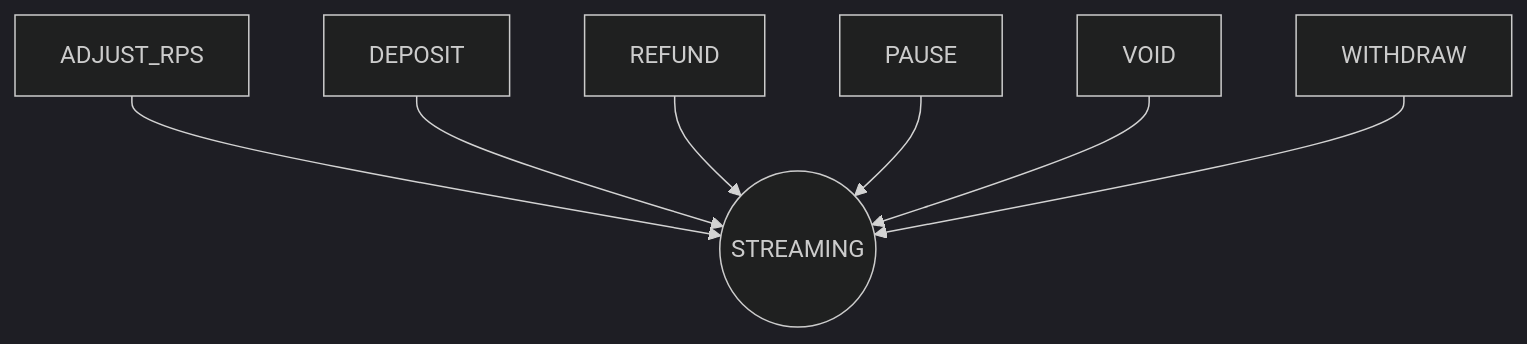
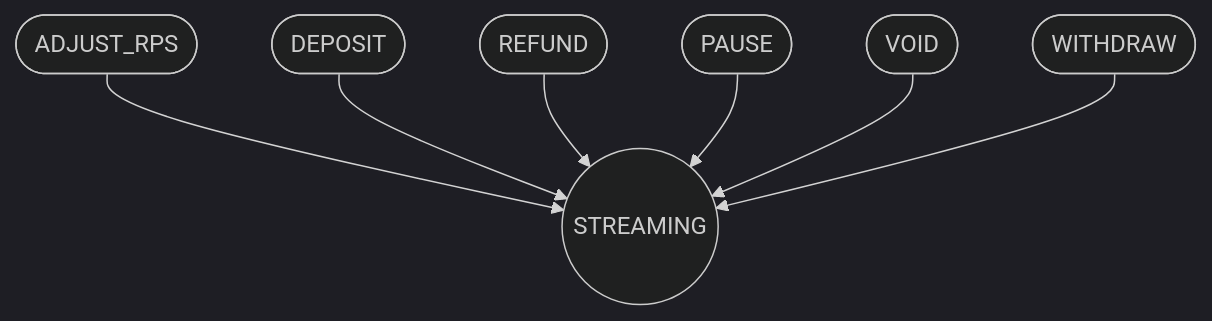
The fourth of 6 diagrams in docs/concepts/flow/02-statuses.md (sablier-labs/docs), drawn with Mermaid (dark theme) before and after one commit. The commit also changed other lines of this file and 274 other files, not shown here.

````diff
--- a/docs/concepts/flow/02-statuses.md
+++ b/docs/concepts/flow/02-statuses.md
@@ -74,11 +88,11 @@
 ```mermaid
 flowchart TD
     STR((STREAMING))
 
-    ADJRPS[ADJUST_RPS] -->  STR
-    DP[DEPOSIT] --> STR
-    RFD[REFUND] --> STR
-    PS[PAUSE] --> STR
-    VD[VOID] --> STR
-    WTD[WITHDRAW] --> STR
+    ADJRPS([ADJUST_RPS]) -->  STR
+    DP([DEPOSIT]) --> STR
+    RFD([REFUND]) --> STR
+    PS([PAUSE]) --> STR
+    VD([VOID]) --> STR
+    WTD([WITHDRAW]) --> STR
 ```
````
